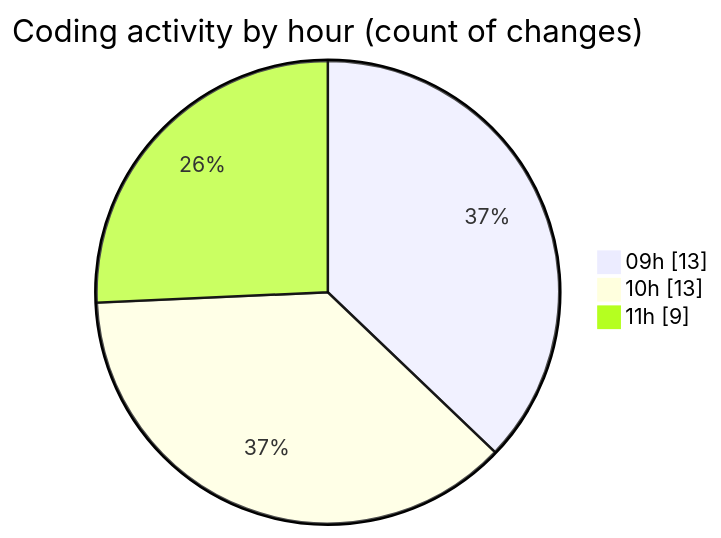
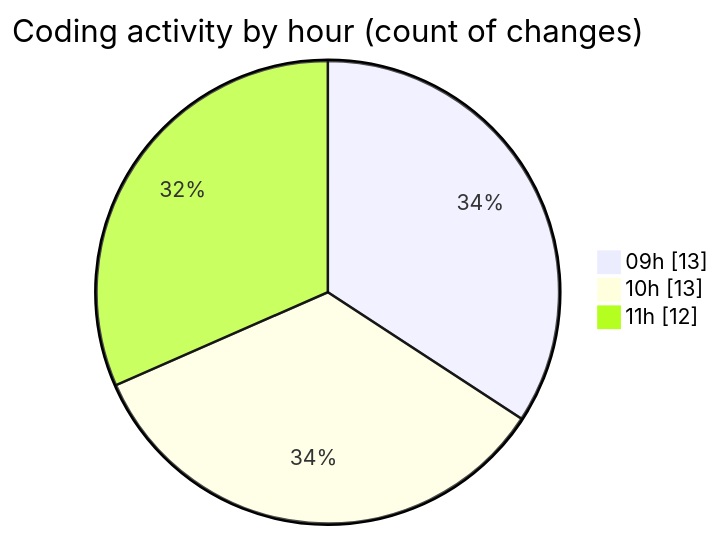
One commit to momahboobian/code-tracking changed the second of 2 diagrams in 2025-09-23/cda/README.md. Above: the diagram before and after it, drawn with Mermaid. The commit also changed other lines of this file and 1 other file, not shown here.

````diff
--- a/2025-09-23/cda/README.md
+++ b/2025-09-23/cda/README.md
@@ -33,7 +33,7 @@
 ```mermaid
 pie showData
 title Coding activity by hour (count of changes)
 "09h" : 13
 "10h" : 13
-"11h" : 9
+"11h" : 12
 ```
````
